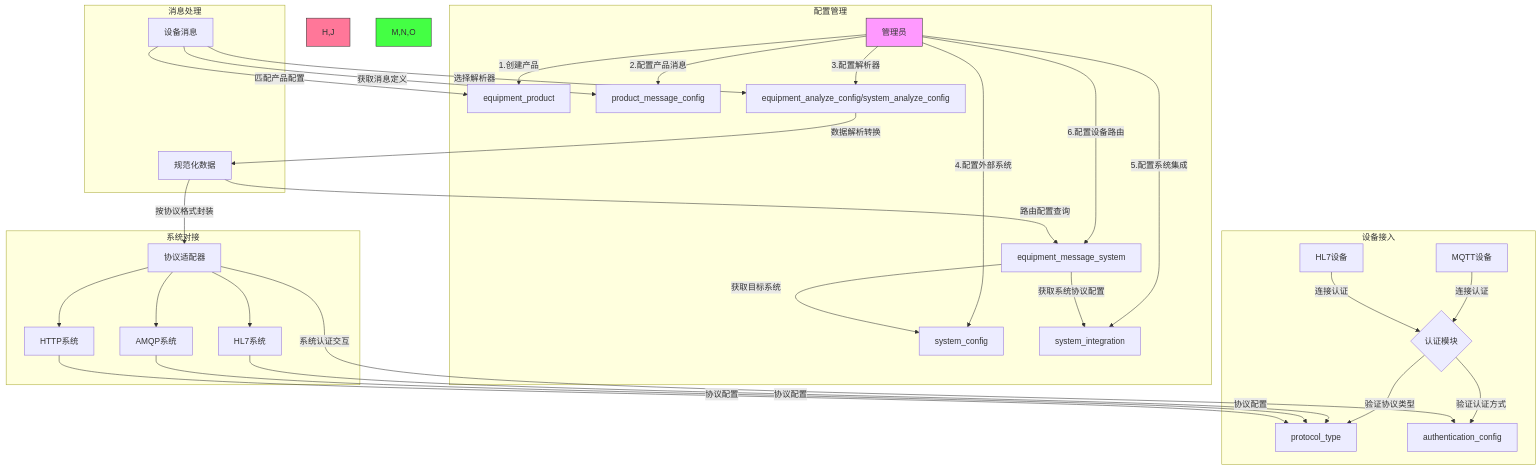
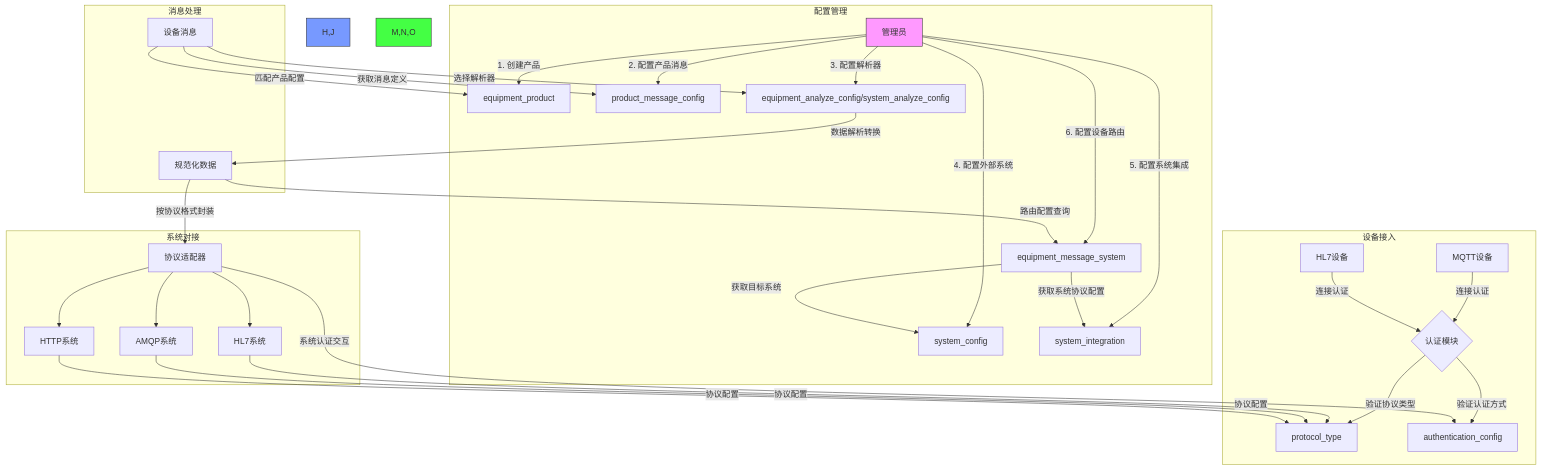
One commit to fuyong859050943/iodraw-files changed the diagram in all/未命名-6.md. Above: the diagram before and after it, drawn with Mermaid.

Commit message:
2025-02-25 19:43:06 update

````diff
--- a/all/未命名-6.md
+++ b/all/未命名-6.md
@@ -1,43 +1,43 @@
 ```mermaid
 flowchart TD
     subgraph 配置管理
-        A[管理员] -->|1.创建产品| B[equipment_product]
-        A -->|2.配置产品消息| C[product_message_config]
-        A -->|3.配置解析器| D[equipment_analyze_config/system_analyze_config]
-        A -->|4.配置外部系统| E[system_config]
-        A -->|5.配置系统集成| F[system_integration]
-        A -->|6.配置设备路由| G[equipment_message_system]
+        A[管理员] -->|1. 创建产品| B[equipment_product]
+        A -->|2. 配置产品消息| C[product_message_config]
+        A -->|3. 配置解析器| D[equipment_analyze_config/system_analyze_config]
+        A -->|4. 配置外部系统| E[system_config]
+        A -->|5. 配置系统集成| F[system_integration]
+        A -->|6. 配置设备路由| G[equipment_message_system]
     end
     
     subgraph 设备接入
         H[MQTT设备] -->|连接认证| I{认证模块}
         J[HL7设备] -->|连接认证| I
         I -->|验证协议类型| protocol_type
         I -->|验证认证方式| authentication_config
     end
     
     subgraph 消息处理
         K[设备消息] -->|匹配产品配置| B
         K -->|获取消息定义| C
         K -->|选择解析器| D
         D -->|数据解析转换| L[规范化数据]
         L -->|路由配置查询| G
         G -->|获取目标系统| E
         G -->|获取系统协议配置| F
     end
     
     subgraph 系统对接
         M[HL7系统] -->|协议配置| protocol_type
         N[AMQP系统] -->|协议配置| protocol_type
         O[HTTP系统] -->|协议配置| protocol_type
         L -->|按协议格式封装| P[协议适配器]
         P -->|系统认证交互| authentication_config
         P --> M
         P --> N
         P --> O
     end
     
     style A fill:#f9f,stroke:#333
-    style H,J fill:#f79,stroke:#333
+    style H,J fill:#79f,stroke:#333
     style M,N,O fill:#4f4,stroke:#333
 ```
````
